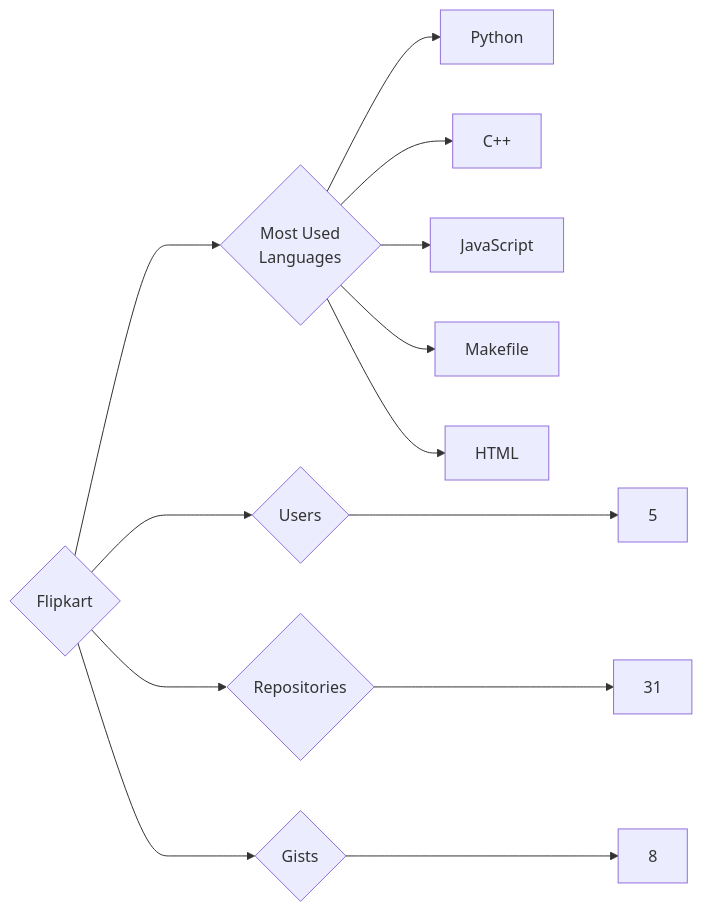
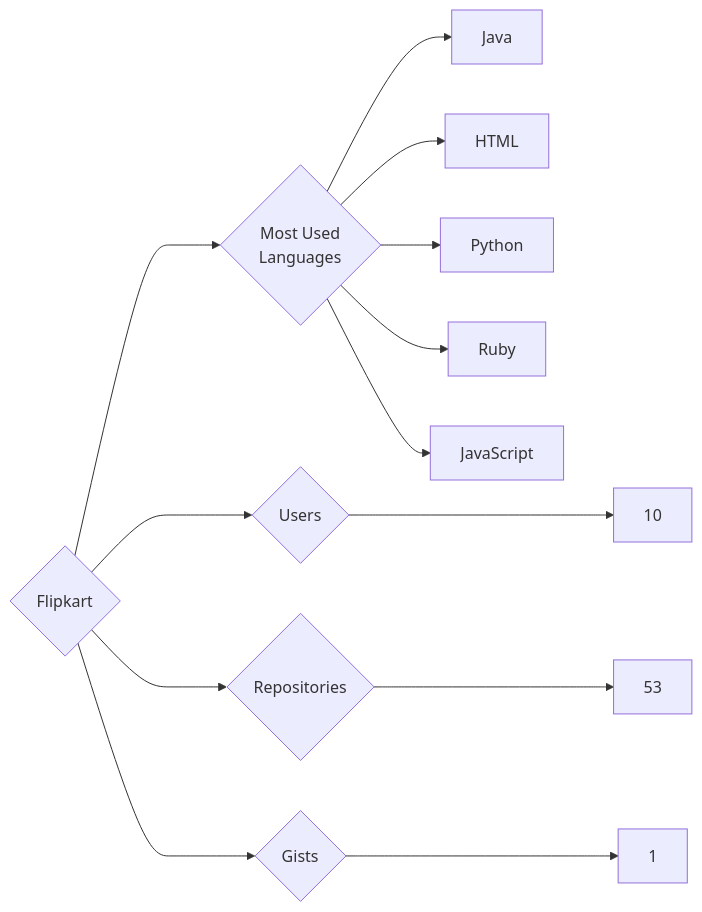
One commit to trickest/insiders changed the diagram in targets/Flipkart/README.md. Above: the diagram before and after it, drawn with Mermaid. The commit also changed 873 other files, not shown here.

````diff
--- a/targets/Flipkart/README.md
+++ b/targets/Flipkart/README.md
@@ -3,13 +3,13 @@
 ```mermaid
 graph LR
 COMPANY_NAME{Flipkart}
-COMPANY_NAME ---> U{Users} ---> UN[5]
-COMPANY_NAME ---> R{Repositories} ---> RN[31]
-COMPANY_NAME ---> G{Gists} ---> GN[8]
+COMPANY_NAME ---> U{Users} ---> UN[10]
+COMPANY_NAME ---> R{Repositories} ---> RN[53]
+COMPANY_NAME ---> G{Gists} ---> GN[1]
 COMPANY_NAME ---> ML{Most Used<br>Languages}
+ML --> Java[Java]
+ML --> HTML[HTML]
 ML --> Python[Python]
-ML --> C++[C++]
+ML --> Ruby[Ruby]
 ML --> JavaScript[JavaScript]
-ML --> Makefile[Makefile]
-ML --> HTML[HTML]
 ```
````
